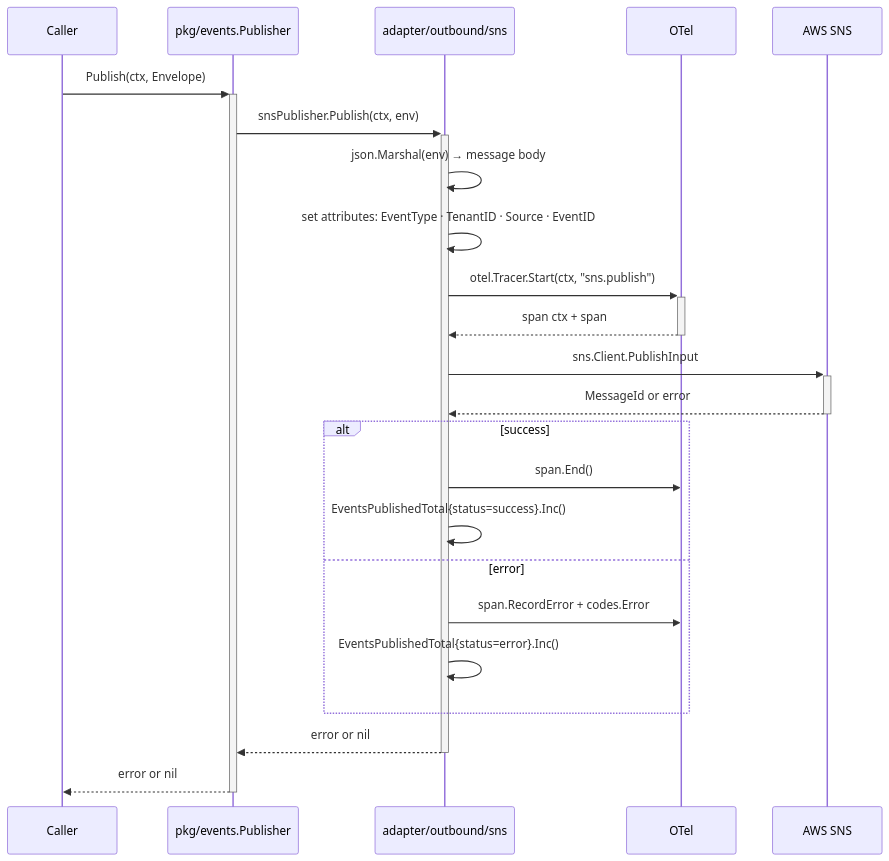
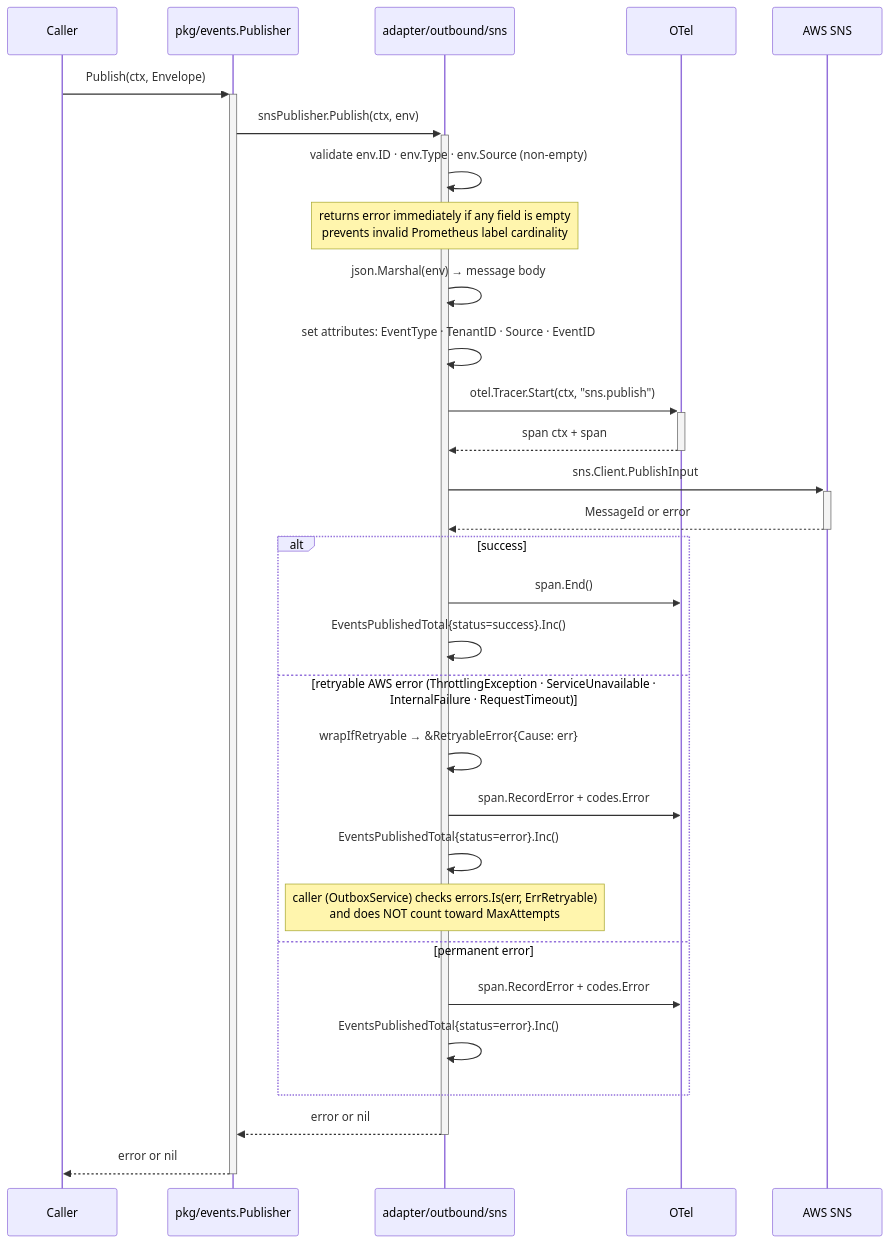
The third of 8 diagrams in ARCHITECTURE.md (BCBP-SOLUTIONS-FZC-LLC/platform-events), drawn with Mermaid before and after one commit. The commit also changed other lines of this file and 63 other files, not shown here.

````diff
--- a/ARCHITECTURE.md
+++ b/ARCHITECTURE.md
@@ -216,31 +446,39 @@
 ```mermaid
 sequenceDiagram
     participant Caller
     participant Publisher as pkg/events.Publisher
     participant SNSAdp as adapter/outbound/sns
     participant OTel
     participant SNS as AWS SNS
 
     Caller ->>+ Publisher: Publish(ctx, Envelope)
     Publisher ->>+ SNSAdp: snsPublisher.Publish(ctx, env)
+
+    SNSAdp ->> SNSAdp: validate env.ID · env.Type · env.Source (non-empty)
+    Note over SNSAdp: returns error immediately if any field is empty<br/>prevents invalid Prometheus label cardinality
 
     SNSAdp ->> SNSAdp: json.Marshal(env) → message body
     SNSAdp ->> SNSAdp: set attributes: EventType · TenantID · Source · EventID
 
     SNSAdp ->>+ OTel: otel.Tracer.Start(ctx, "sns.publish")
     OTel -->>- SNSAdp: span ctx + span
 
     SNSAdp ->>+ SNS: sns.Client.PublishInput
     SNS -->>- SNSAdp: MessageId or error
 
     alt success
         SNSAdp ->> OTel: span.End()
         SNSAdp ->> SNSAdp: EventsPublishedTotal{status=success}.Inc()
-    else error
+    else retryable AWS error (ThrottlingException · ServiceUnavailable · InternalFailure · RequestTimeout)
+        SNSAdp ->> SNSAdp: wrapIfRetryable → &RetryableError{Cause: err}
+        SNSAdp ->> OTel: span.RecordError + codes.Error
+        SNSAdp ->> SNSAdp: EventsPublishedTotal{status=error}.Inc()
+        Note over SNSAdp: caller (OutboxService) checks errors.Is(err, ErrRetryable)<br/>and does NOT count toward MaxAttempts
+    else permanent error
         SNSAdp ->> OTel: span.RecordError + codes.Error
         SNSAdp ->> SNSAdp: EventsPublishedTotal{status=error}.Inc()
     end
 
     SNSAdp -->>- Publisher: error or nil
     Publisher -->>- Caller: error or nil
 ```
````
